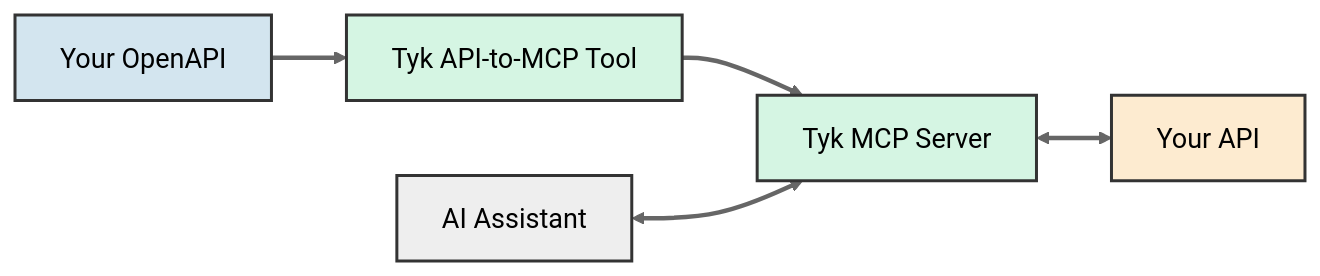
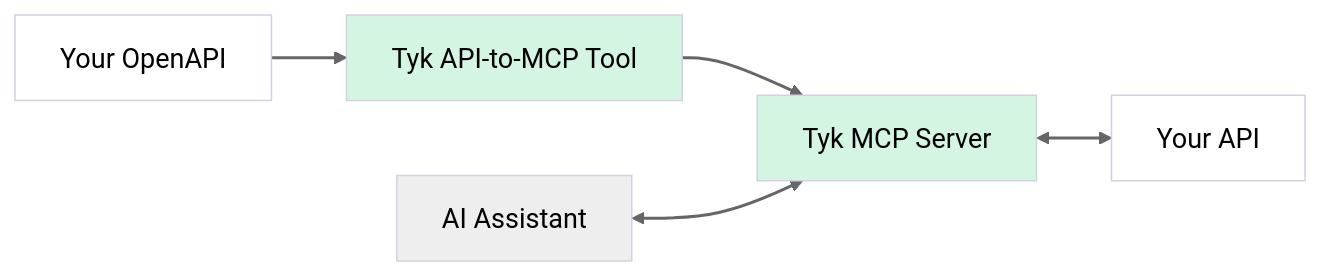
The first of 3 diagrams in tyk-docs/content/ai-management/mcps/api-to-mcp.md (TykTechnologies/tyk-docs-hugo), drawn with Mermaid (neutral theme) before and after one commit. The commit also changed other lines of this file, not shown here.

Commit message:
Update api-to-mcp.md
update the link style in the mermaid per design guidelines

````diff
--- a/tyk-docs/content/ai-management/mcps/api-to-mcp.md
+++ b/tyk-docs/content/ai-management/mcps/api-to-mcp.md
@@ -21,15 +21,15 @@
 ```mermaid
 graph LR
     A["Your OpenAPI"] --> B["Tyk API-to-MCP Tool"]
     B --> C["Tyk MCP Server"]
     D["AI Assistant"] <--> C
     C <--> E["Your API"]
     
-    style A fill:#d3e5ef,stroke:#333,stroke-width:2px,font-size:18px
-    style B fill:#d5f5e3,stroke:#333,stroke-width:2px,font-size:18px
-    style C fill:#d5f5e3,stroke:#333,stroke-width:2px,font-size:18px
-    style D fill:#eeeeee,stroke:#333,stroke-width:2px,font-size:18px
-    style E fill:#fdebd0,stroke:#333,stroke-width:2px,font-size:18px
+    style A fill:#ffffff,stroke:#D1D1E0,stroke-width:1px,font-size:18px
+    style B fill:#d5f5e3,stroke:#D1D1E0,stroke-width:1px,font-size:18px
+    style C fill:#d5f5e3,stroke:#D1D1E0,stroke-width:1px,font-size:18px
+    style D fill:#eeeeee,stroke:#D1D1E0,stroke-width:1px,font-size:18px
+    style E fill:#ffffff,stroke:#D1D1E0,stroke-width:1px,font-size:18px
     
-    linkStyle default stroke-width:3px
+    linkStyle default stroke-width:2px
 ```
````
